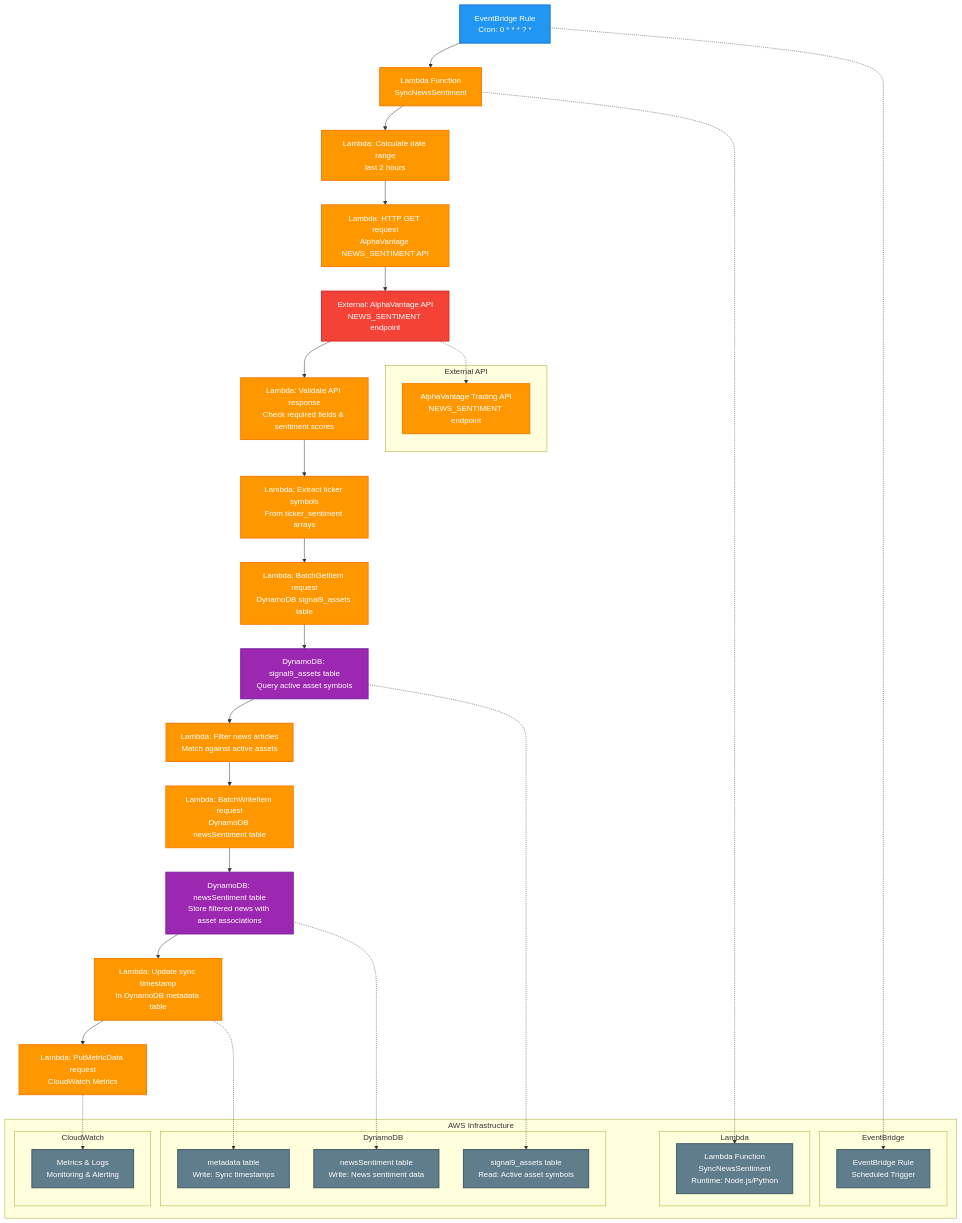
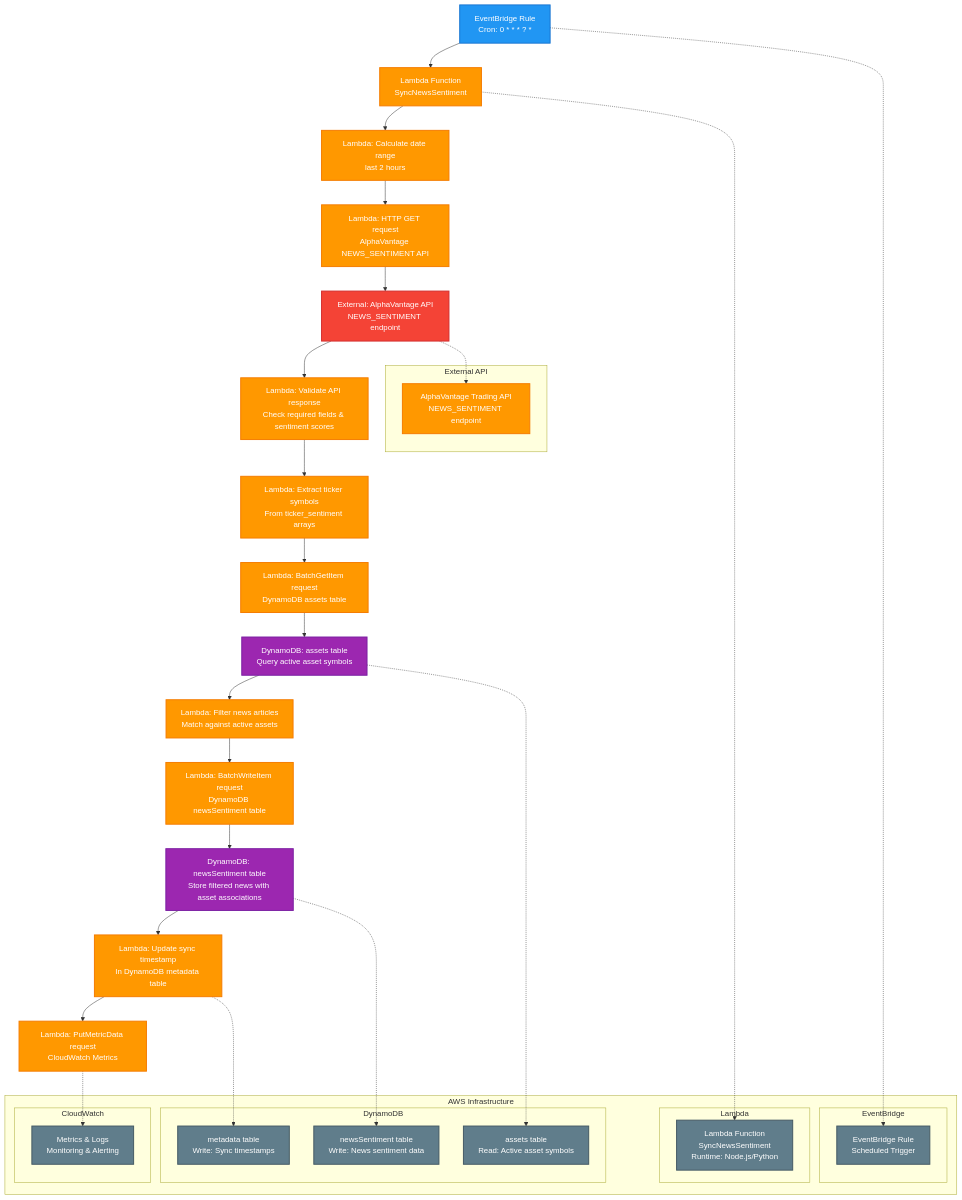
Before and after one commit to alto9/signal9-advisor: the diagram in ai/brainstorm/diagrams/crons/HourlySyncNewsSentiment.md, drawn with Mermaid. The commit also changed other lines of this file and 15 other files, not shown here.

````diff
--- a/ai/brainstorm/diagrams/crons/HourlySyncNewsSentiment.md
+++ b/ai/brainstorm/diagrams/crons/HourlySyncNewsSentiment.md
@@ -5,77 +5,77 @@
 ```mermaid
 flowchart TD
     %% AWS EventBridge triggers the Lambda function
     A[EventBridge Rule<br/>Cron: 0 * * * ? *] --> B[Lambda Function<br/>SyncNewsSentiment]
     
     %% Lambda function internal processing steps
     B --> C[Lambda: Calculate date range<br/>last 2 hours]
     C --> D[Lambda: HTTP GET request<br/>AlphaVantage NEWS_SENTIMENT API]
     D --> E[External: AlphaVantage API<br/>NEWS_SENTIMENT endpoint]
     E --> F[Lambda: Validate API response<br/>Check required fields & sentiment scores]
     F --> G[Lambda: Extract ticker symbols<br/>From ticker_sentiment arrays]
-    G --> H[Lambda: BatchGetItem request<br/>DynamoDB signal9_assets table]
-    H --> I[DynamoDB: signal9_assets table<br/>Query active asset symbols]
+    G --> H[Lambda: BatchGetItem request<br/>DynamoDB assets table]
+    H --> I[DynamoDB: assets table<br/>Query active asset symbols]
     I --> J[Lambda: Filter news articles<br/>Match against active assets]
     J --> K[Lambda: BatchWriteItem request<br/>DynamoDB newsSentiment table]
     K --> L[DynamoDB: newsSentiment table<br/>Store filtered news with asset associations]
     L --> M[Lambda: Update sync timestamp<br/>In DynamoDB metadata table]
     M --> N[Lambda: PutMetricData request<br/>CloudWatch Metrics]
     
     %% AWS Resource groupings
     subgraph "AWS Infrastructure"
         subgraph "EventBridge"
             O[EventBridge Rule<br/>Scheduled Trigger]
         end
         
         subgraph "Lambda"
             P[Lambda Function<br/>SyncNewsSentiment<br/>Runtime: Node.js/Python]
         end
         
         subgraph "DynamoDB"
-            Q[signal9_assets table<br/>Read: Active asset symbols]
+            Q[assets table<br/>Read: Active asset symbols]
             R[newsSentiment table<br/>Write: News sentiment data]
             S[metadata table<br/>Write: Sync timestamps]
         end
         
         subgraph "CloudWatch"
             T[Metrics & Logs<br/>Monitoring & Alerting]
         end
     end
     
     %% External API
     subgraph "External API"
         U[AlphaVantage Trading API<br/>NEWS_SENTIMENT endpoint]
     end
     
     %% Resource connections for clarity
     A -.-> O
     B -.-> P
     I -.-> Q
     L -.-> R
     M -.-> S
     N -.-> T
     E -.-> U
     
     %% Color coding by resource type
     style A fill:#2196F3,stroke:#1976D2,stroke-width:2px,color:#ffffff
     style B fill:#FF9800,stroke:#F57C00,stroke-width:2px,color:#ffffff
     style C fill:#FF9800,stroke:#F57C00,stroke-width:2px,color:#ffffff
     style D fill:#FF9800,stroke:#F57C00,stroke-width:2px,color:#ffffff
     style E fill:#F44336,stroke:#D32F2F,stroke-width:2px,color:#ffffff
     style F fill:#FF9800,stroke:#F57C00,stroke-width:2px,color:#ffffff
     style G fill:#FF9800,stroke:#F57C00,stroke-width:2px,color:#ffffff
     style H fill:#FF9800,stroke:#F57C00,stroke-width:2px,color:#ffffff
     style I fill:#9C27B0,stroke:#7B1FA2,stroke-width:2px,color:#ffffff
     style J fill:#FF9800,stroke:#F57C00,stroke-width:2px,color:#ffffff
     style K fill:#FF9800,stroke:#F57C00,stroke-width:2px,color:#ffffff
     style L fill:#9C27B0,stroke:#7B1FA2,stroke-width:2px,color:#ffffff
     style M fill:#FF9800,stroke:#F57C00,stroke-width:2px,color:#ffffff
     style N fill:#FF9800,stroke:#F57C00,stroke-width:2px,color:#ffffff
     style O fill:#607D8B,stroke:#455A64,stroke-width:2px,color:#ffffff
     style P fill:#607D8B,stroke:#455A64,stroke-width:2px,color:#ffffff
     style Q fill:#607D8B,stroke:#455A64,stroke-width:2px,color:#ffffff
     style R fill:#607D8B,stroke:#455A64,stroke-width:2px,color:#ffffff
     style S fill:#607D8B,stroke:#455A64,stroke-width:2px,color:#ffffff
     style T fill:#607D8B,stroke:#455A64,stroke-width:2px,color:#ffffff
     style U fill:#FF9800,stroke:#F57C00,stroke-width:2px,color:#ffffff
 ```
````
